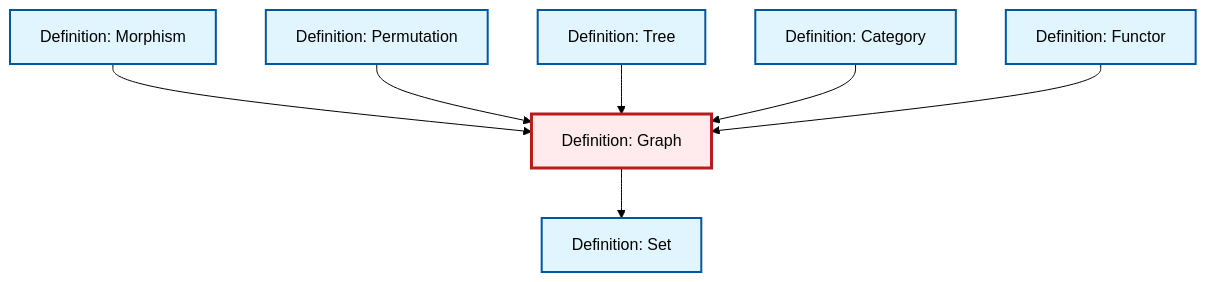
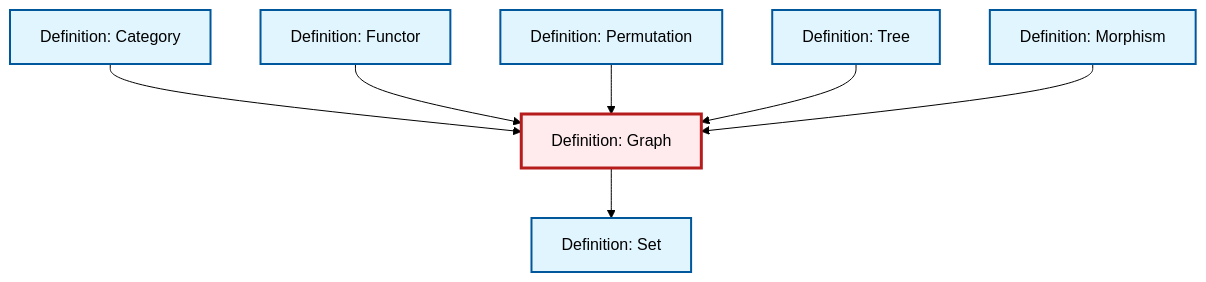
The diagram in content/ja/combinatorics/def-graph.qmd (RK0429/ModernMath), drawn with Mermaid (forest theme) before and after one commit. The commit also changed other lines of this file and 497 other files, not shown here.

````diff
--- a/content/ja/combinatorics/def-graph.qmd
+++ b/content/ja/combinatorics/def-graph.qmd
@@ -91,29 +91,29 @@
 ```{mermaid}
 %%| fig-cap: "Local dependency graph"
 graph TD
     classDef definition fill:#e1f5fe,stroke:#01579b,stroke-width:2px
     classDef theorem fill:#f3e5f5,stroke:#4a148c,stroke-width:2px
     classDef axiom fill:#fff3e0,stroke:#e65100,stroke-width:2px
     classDef example fill:#e8f5e9,stroke:#1b5e20,stroke-width:2px
     classDef current fill:#ffebee,stroke:#b71c1c,stroke-width:3px
+    def-tree["Definition: Tree"]:::definition
+    def-set["Definition: Set"]:::definition
     def-morphism["Definition: Morphism"]:::definition
+    def-category["Definition: Category"]:::definition
+    def-graph["Definition: Graph"]:::definition
     def-functor["Definition: Functor"]:::definition
-    def-category["Definition: Category"]:::definition
-    def-set["Definition: Set"]:::definition
-    def-tree["Definition: Tree"]:::definition
-    def-graph["Definition: Graph"]:::definition
     def-permutation["Definition: Permutation"]:::definition
-    def-morphism --> def-graph
+    def-graph --> def-set
+    def-category --> def-graph
+    def-functor --> def-graph
     def-permutation --> def-graph
     def-tree --> def-graph
-    def-category --> def-graph
-    def-functor --> def-graph
-    def-graph --> def-set
+    def-morphism --> def-graph
     class def-graph current
+    click def-tree "def-tree.html" "Definition: Treeへ"
+    click def-set "def-set.html" "Definition: Setへ"
     click def-morphism "def-morphism.html" "Definition: Morphismへ"
+    click def-category "def-category.html" "Definition: Categoryへ"
     click def-functor "def-functor.html" "Definition: Functorへ"
-    click def-category "def-category.html" "Definition: Categoryへ"
-    click def-set "def-set.html" "Definition: Setへ"
-    click def-tree "def-tree.html" "Definition: Treeへ"
     click def-permutation "def-permutation.html" "Definition: Permutationへ"
 ```
````
